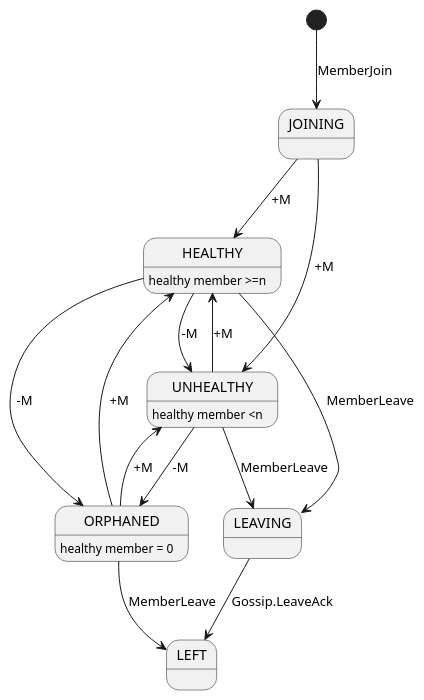
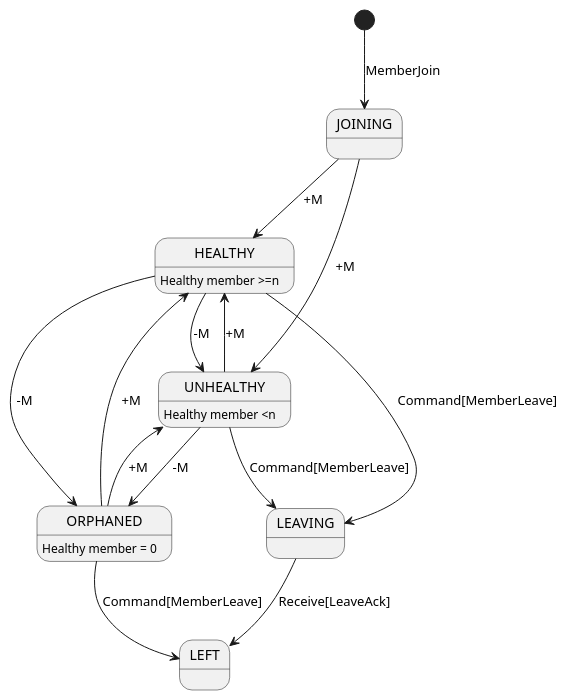
The diagram in docs/uml/LocalStateFSM.puml (MasterKun94/axor), drawn with PlantUML before and after one commit. The commit also changed 6 other files, not shown here.

```diff
--- a/docs/uml/LocalStateFSM.puml
+++ b/docs/uml/LocalStateFSM.puml
@@ -1,21 +1,21 @@
 @startuml
 'https://plantuml.com/state-diagram
 
 [*] --> JOINING : MemberJoin
 JOINING --> HEALTHY : +M
-HEALTHY : healthy member >=n
+HEALTHY : Healthy member >=n
 JOINING --> UNHEALTHY : +M
-UNHEALTHY : healthy member <n
+UNHEALTHY : Healthy member <n
 HEALTHY --> UNHEALTHY : -M
 UNHEALTHY --> HEALTHY : +M
 HEALTHY --> ORPHANED : -M
-ORPHANED : healthy member = 0
+ORPHANED : Healthy member = 0
 UNHEALTHY --> ORPHANED : -M
 ORPHANED --> HEALTHY  : +M
 ORPHANED --> UNHEALTHY : +M
 
-HEALTHY --> LEAVING : MemberLeave
-UNHEALTHY --> LEAVING : MemberLeave
-ORPHANED --> LEFT : MemberLeave
-LEAVING --> LEFT : Gossip.LeaveAck
+HEALTHY --> LEAVING : Command[MemberLeave]
+UNHEALTHY --> LEAVING : Command[MemberLeave]
+ORPHANED --> LEFT : Command[MemberLeave]
+LEAVING --> LEFT : Receive[LeaveAck]
 @enduml
```
